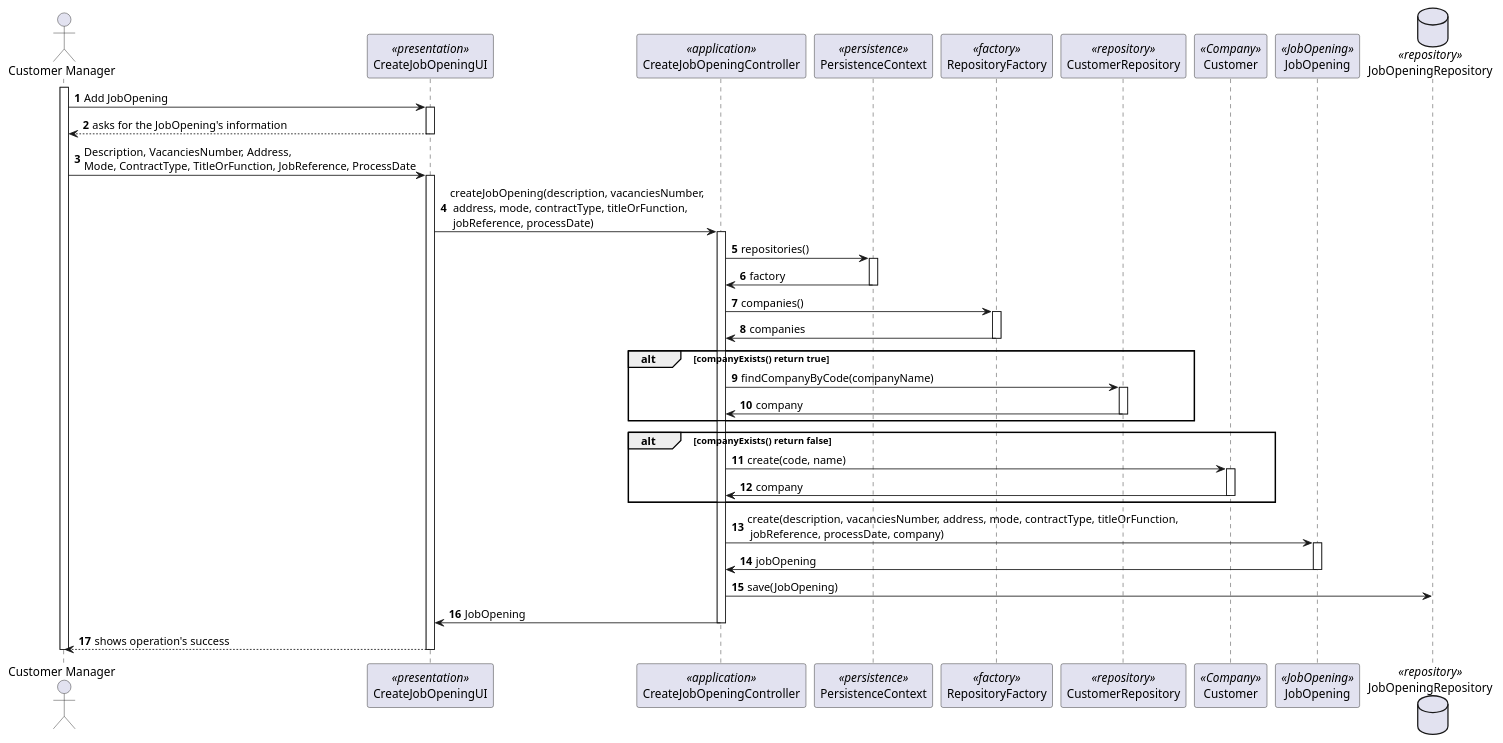
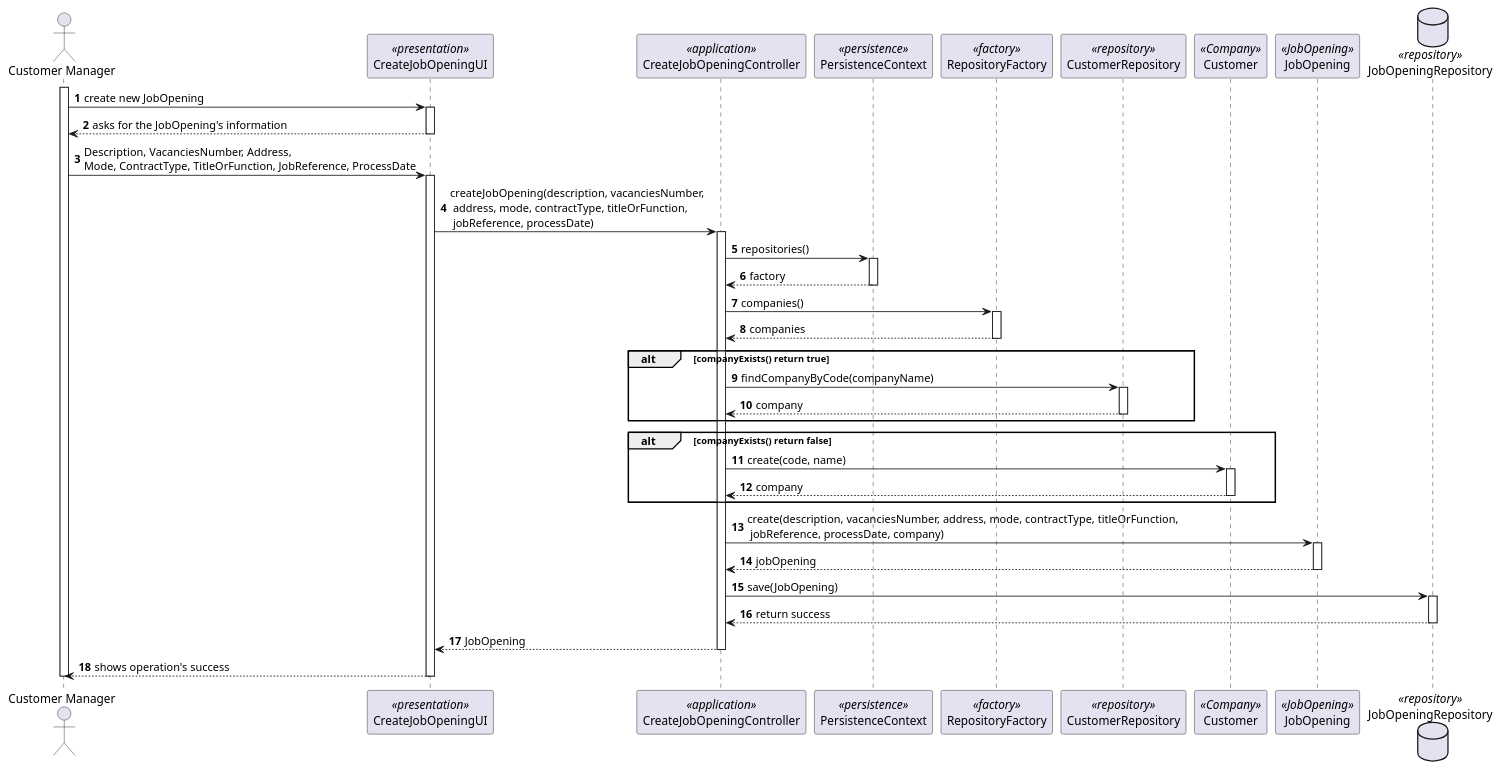
One commit to MiguelCardoso77/LAPR4 changed the diagram in docs/SprintB/1002/1002-sequence-diagram-overview.puml. Above: the diagram before and after it, drawn with PlantUML. The commit also changed 2 other files, not shown here.

Commit message:
#10 sequence diagram overview

```diff
--- a/docs/SprintB/1002/1002-sequence-diagram-overview.puml
+++ b/docs/SprintB/1002/1002-sequence-diagram-overview.puml
@@ -1,87 +1,94 @@
 @startuml
 autonumber
 
 
 actor "Customer Manager" as CM
 participant CreateJobOpeningUI <<presentation>>
 participant CreateJobOpeningController<<application>>
 participant PersistenceContext<<persistence>>
 participant RepositoryFactory<<factory>>
 participant CustomerRepository <<repository>>
 participant Customer <<Company>>
 participant JobOpening <<JobOpening>>
 database JobOpeningRepository <<repository>>
 
 activate CM
 
 
-    CM -> CreateJobOpeningUI: Add JobOpening
+    CM -> CreateJobOpeningUI: create new JobOpening
 
         activate CreateJobOpeningUI
 
     CreateJobOpeningUI --> CM: asks for the JobOpening's information
 
         deactivate CreateJobOpeningUI
 
     CM -> CreateJobOpeningUI : Description, VacanciesNumber, Address, \nMode, ContractType, TitleOrFunction, JobReference, ProcessDate
 
         activate CreateJobOpeningUI
 
     CreateJobOpeningUI -> CreateJobOpeningController: createJobOpening(description, vacanciesNumber, \n address, mode, contractType, titleOrFunction, \n jobReference, processDate)
 
         activate CreateJobOpeningController
 
     CreateJobOpeningController -> PersistenceContext : repositories()
 
         activate PersistenceContext
 
-    PersistenceContext -> CreateJobOpeningController : factory
+    PersistenceContext --> CreateJobOpeningController : factory
 
         deactivate PersistenceContext
 
     CreateJobOpeningController -> RepositoryFactory : companies()
 
         activate RepositoryFactory
 
-    RepositoryFactory -> CreateJobOpeningController : companies
+    RepositoryFactory --> CreateJobOpeningController : companies
 
         deactivate RepositoryFactory
 
 alt companyExists() return true
 
     CreateJobOpeningController -> CustomerRepository : findCompanyByCode(companyName)
         activate CustomerRepository
 
-    CustomerRepository -> CreateJobOpeningController : company
+    CustomerRepository --> CreateJobOpeningController : company
         deactivate CustomerRepository
 end alt
 
 
 alt companyExists() return false
     CreateJobOpeningController -> Customer: create(code, name)
         activate Customer
 
-    Customer -> CreateJobOpeningController: company
+    Customer --> CreateJobOpeningController: company
         deactivate Customer
 end alt
 
     CreateJobOpeningController -> JobOpening: create(description, vacanciesNumber, address, mode, contractType, titleOrFunction, \n jobReference, processDate, company)
 
         activate JobOpening
 
-    JobOpening -> CreateJobOpeningController: jobOpening
+    JobOpening --> CreateJobOpeningController: jobOpening
+
         deactivate JobOpening
 
     CreateJobOpeningController -> JobOpeningRepository : save(JobOpening)
 
-    CreateJobOpeningController -> CreateJobOpeningUI : JobOpening
+        activate JobOpeningRepository
+
+    JobOpeningRepository --> CreateJobOpeningController: return success
+
+        deactivate JobOpeningRepository
+
+    CreateJobOpeningController --> CreateJobOpeningUI : JobOpening
 
         deactivate CreateJobOpeningController
 
     CreateJobOpeningUI --> CM : shows operation's success
 
         deactivate CreateJobOpeningUI
 
         deactivate CM
 
 @enduml
```
